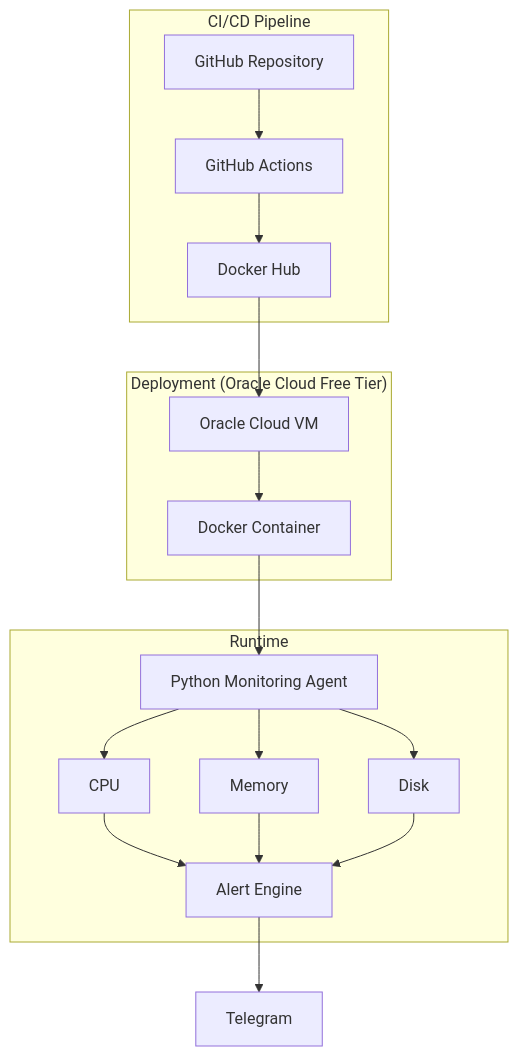
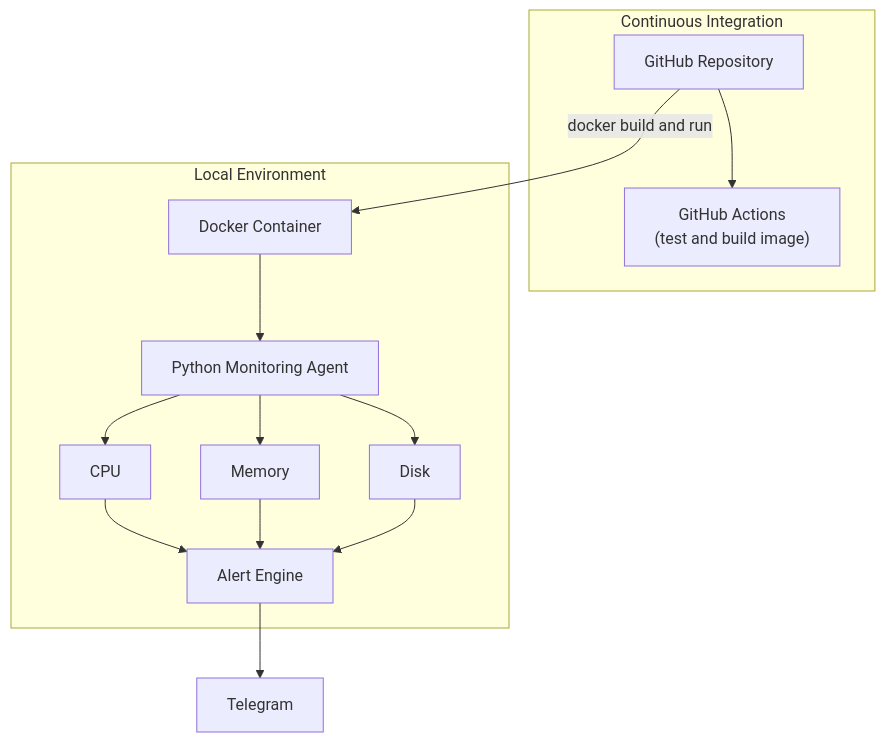
The diagram in docs/architecture/system-architecture-v1.md (robbykamil/cloud-server-monitoring-pipeline), drawn with Mermaid before and after one commit. The commit also changed other lines of this file, not shown here.

Commit message:
docs: revise architecture v1 to match MVP 1 scope

````diff
--- a/docs/architecture/system-architecture-v1.md
+++ b/docs/architecture/system-architecture-v1.md
@@ -9,24 +14,19 @@
 ```mermaid
 flowchart TD
-    subgraph CICD["CI/CD Pipeline"]
-        A[GitHub Repository] --> B[GitHub Actions]
-        B --> C[Docker Hub]
+    subgraph CI["Continuous Integration"]
+        A[GitHub Repository] --> B["GitHub Actions<br/>(test and build image)"]
     end
 
-    subgraph Deploy["Deployment (Oracle Cloud Free Tier)"]
-        C --> D[Oracle Cloud VM]
-        D --> E[Docker Container]
+    subgraph Local["Local Environment"]
+        C[Docker Container] --> D[Python Monitoring Agent]
+        D --> E[CPU]
+        D --> F[Memory]
+        D --> G[Disk]
+        E --> H[Alert Engine]
+        F --> H
+        G --> H
     end
 
-    subgraph Runtime["Runtime"]
-        E --> F[Python Monitoring Agent]
-        F --> G[CPU]
-        F --> H[Memory]
-        F --> I[Disk]
-        G --> J[Alert Engine]
-        H --> J
-        I --> J
-    end
-
-    J --> K[Telegram]
+    A -->|"docker build and run"| C
+    H --> I[Telegram]
 ```
````
